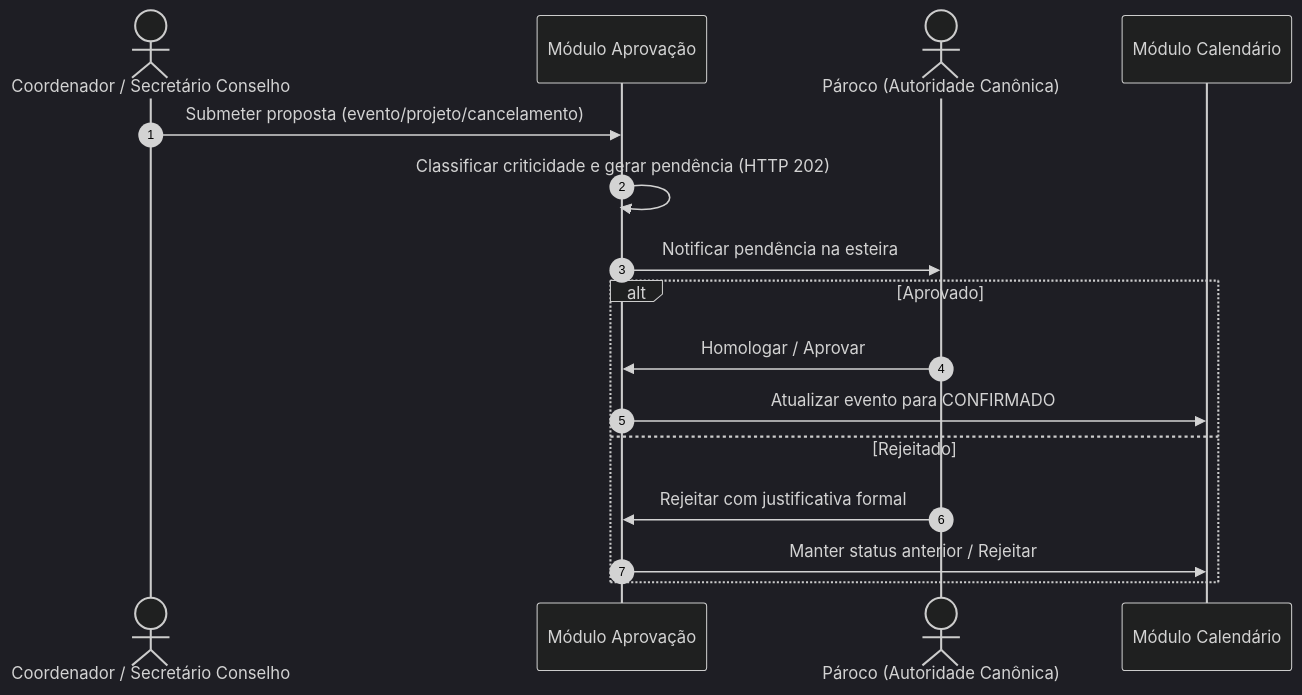
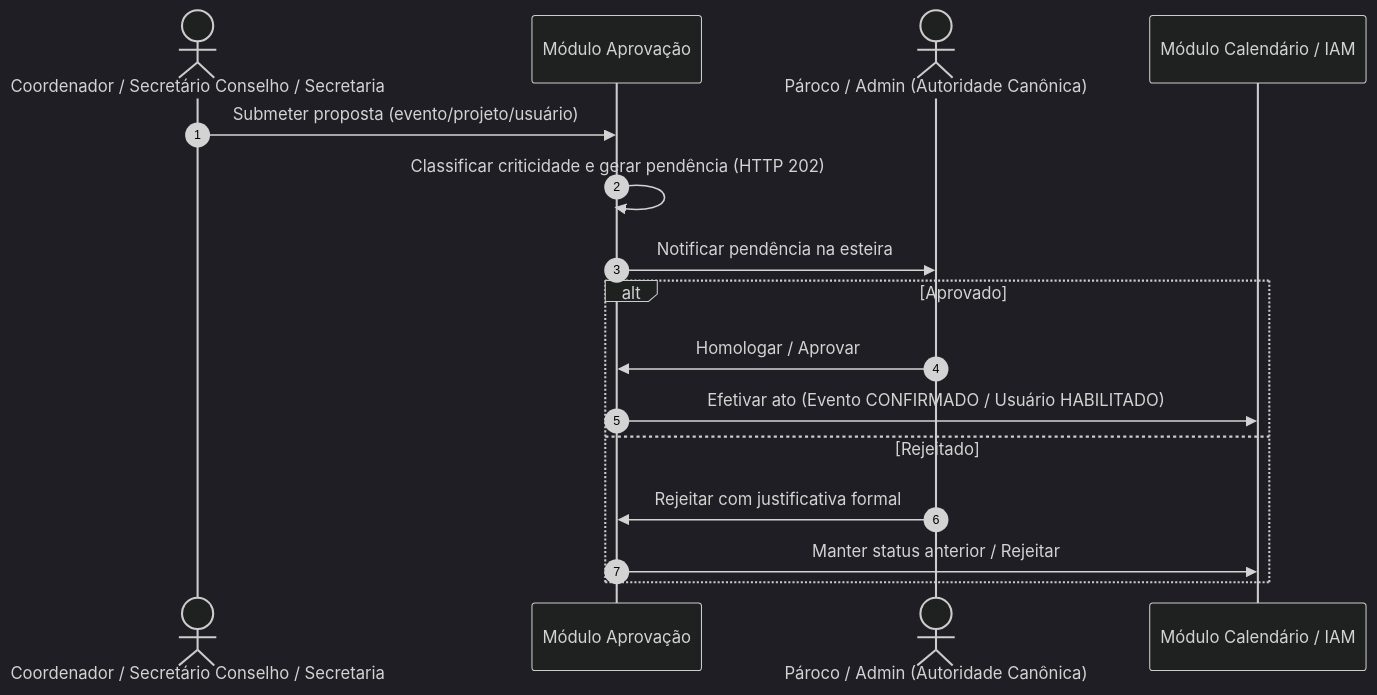
One commit to BrunoLV/paroquia changed the diagram in docs/business-rules/aprovacao.md. Above: the diagram before and after it, drawn with Mermaid (dark theme). The commit also changed other lines of this file and 28 other files, not shown here.

First line of the commit message:
feat(iam): permitir criacao de usuario por paroco e secretaria com fluxo de homologacao (#17)

````diff
--- a/docs/business-rules/aprovacao.md
+++ b/docs/business-rules/aprovacao.md
@@ -37,19 +42,19 @@
 ```mermaid
 sequenceDiagram
     autonumber
-    actor Propositor as Coordenador / Secretário Conselho
+    actor Propositor as Coordenador / Secretário Conselho / Secretaria
     participant Modulo as Módulo Aprovação
-    actor Paroco as Pároco (Autoridade Canônica)
-    participant Evento as Módulo Calendário
+    actor Paroco as Pároco / Admin (Autoridade Canônica)
+    participant Evento as Módulo Calendário / IAM
 
-    Propositor->>Modulo: Submeter proposta (evento/projeto/cancelamento)
+    Propositor->>Modulo: Submeter proposta (evento/projeto/usuário)
     Modulo->>Modulo: Classificar criticidade e gerar pendência (HTTP 202)
     Modulo->>Paroco: Notificar pendência na esteira
     alt Aprovado
         Paroco->>Modulo: Homologar / Aprovar
-        Modulo->>Evento: Atualizar evento para CONFIRMADO
+        Modulo->>Evento: Efetivar ato (Evento CONFIRMADO / Usuário HABILITADO)
     else Rejeitado
         Paroco->>Modulo: Rejeitar com justificativa formal
         Modulo->>Evento: Manter status anterior / Rejeitar
     end
 ```
````
